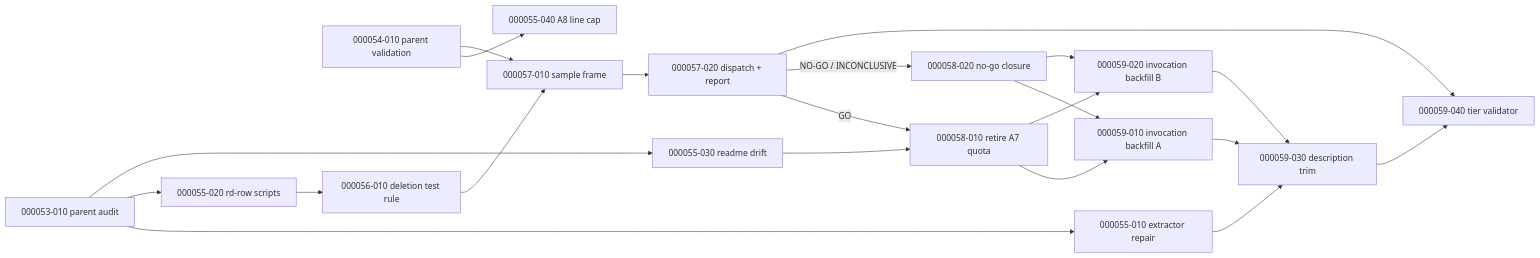
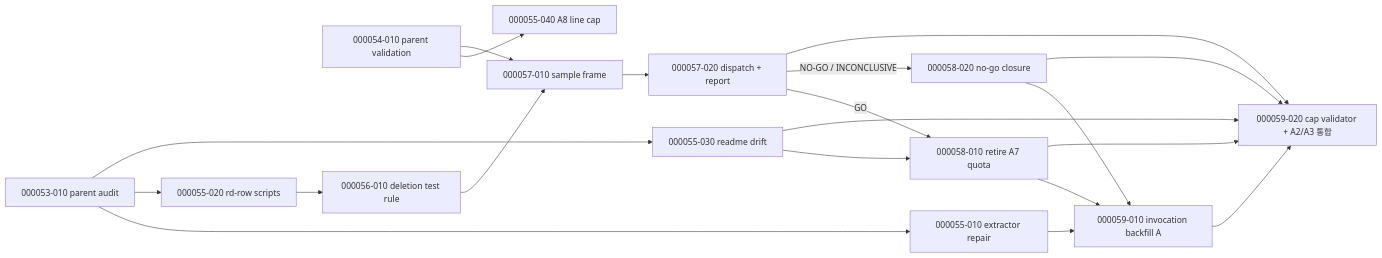
Diagram 25 of 25 in tasks/dependency-graph.md (yongwoon/ywc-agent-toolkit), drawn with Mermaid before and after one commit. The commit also changed other lines of this file, not shown here.

Commit message:
update: tasks/dependency-graph.md

````diff
--- a/tasks/dependency-graph.md
+++ b/tasks/dependency-graph.md
@@ -1128,23 +1129,22 @@
 ```mermaid
 graph LR
   P1[000053-010 parent audit] --> A1[000055-010 extractor repair]
   P1 --> A2[000055-020 rd-row scripts]
   P1 --> A3[000055-030 readme drift]
   P2[000054-010 parent validation] --> A4[000055-040 A8 line cap]
   A2 --> B1[000056-010 deletion test rule]
   B1 --> C1[000057-010 sample frame]
   P2 --> C1
   C1 --> C2[000057-020 dispatch + report]
   C2 -->|GO| D1[000058-010 retire A7 quota]
   C2 -->|NO-GO / INCONCLUSIVE| D2[000058-020 no-go closure]
   A3 --> D1
   D1 --> E1[000059-010 invocation backfill A]
   D2 --> E1
   D1 --> E2[000059-020 invocation backfill B]
   D2 --> E2
-  E1 --> E3[000059-030 description trim]
-  E2 --> E3
-  A1 --> E3
-  E3 --> E4[000059-040 tier validator]
-  C2 --> E4
+  A1 --> E1
+  E1 --> E2[000059-020 cap validator + A2/A3 통합]
+  C2 --> E2
+  A3 --> E2
 ```
````
